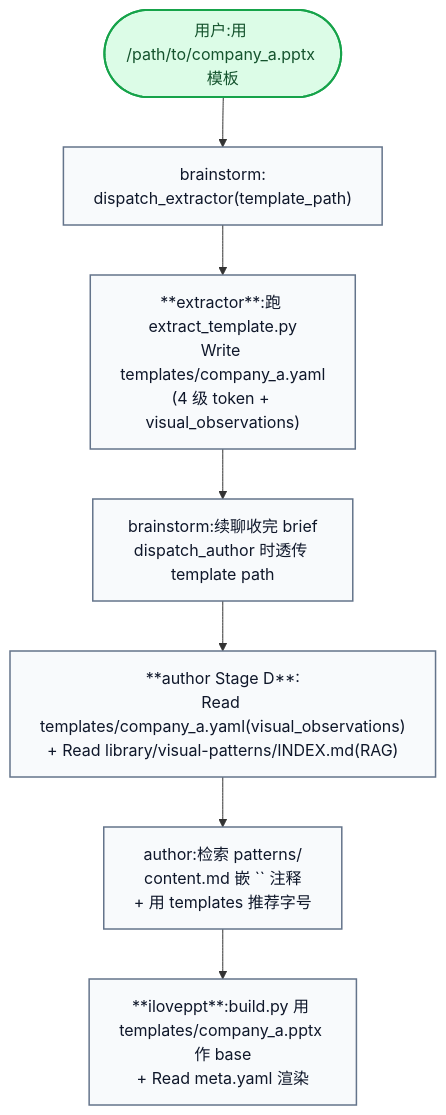
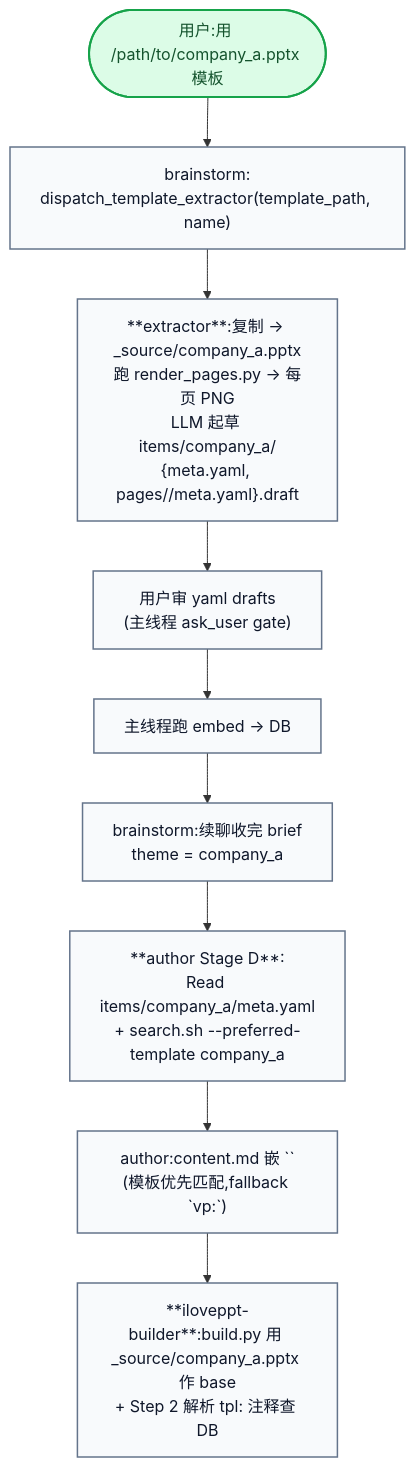
One commit to pcliangx/iLovePPT changed the third of 12 diagrams in docs/agent-internals.zh.md. Above: the diagram before and after it, drawn with Mermaid. The commit also changed other lines of this file and 38 other files, not shown here.

````diff
--- a/docs/agent-internals.zh.md
+++ b/docs/agent-internals.zh.md
@@ -242,17 +245,19 @@
 ```mermaid
 flowchart TB
     U([用户:用 /path/to/company_a.pptx 模板])
-    BS["brainstorm:<br/>dispatch_extractor(template_path)"]
-    EX["**extractor**:跑 extract_template.py<br/>Write templates/company_a.yaml<br/>(4 级 token + visual_observations)"]
-    BS2["brainstorm:续聊收完 brief<br/>dispatch_author 时透传 template path"]
-    AD["**author Stage D**:<br/>Read templates/company_a.yaml(visual_observations)<br/>+ Read library/visual-patterns/INDEX.md(RAG)"]
-    A2["author:检索 patterns/<id><br/>content.md 嵌 `<!-- pattern -->` 注释<br/>+ 用 templates 推荐字号"]
-    BD["**iloveppt**:build.py 用 templates/company_a.pptx 作 base<br/>+ Read meta.yaml 渲染"]
+    BS["brainstorm:<br/>dispatch_template_extractor(template_path, name)"]
+    EX["**extractor**:复制 → _source/company_a.pptx<br/>跑 render_pages.py → 每页 PNG<br/>LLM 起草 items/company_a/<br/>{meta.yaml, pages/<NN-slug>/meta.yaml}.draft"]
+    UR["用户审 yaml drafts<br/>(主线程 ask_user gate)"]
+    EM["主线程跑 embed → DB"]
+    BS2["brainstorm:续聊收完 brief<br/>theme = company_a"]
+    AD["**author Stage D**:<br/>Read items/company_a/meta.yaml<br/>+ search.sh --preferred-template company_a"]
+    A2["author:content.md 嵌 `<!-- pattern: tpl:company_a__NN-slug -->`<br/>(模板优先匹配,fallback `vp:<id>`)"]
+    BD["**iloveppt-builder**:build.py 用 _source/company_a.pptx 作 base<br/>+ Step 2 解析 tpl: 注释查 DB"]
 
-    U --> BS --> EX --> BS2 --> AD --> A2 --> BD
+    U --> BS --> EX --> UR --> EM --> BS2 --> AD --> A2 --> BD
 
     classDef io fill:#DCFCE7,stroke:#16A34A,stroke-width:2px,color:#14532D
     classDef agent fill:#F8FAFC,stroke:#64748B,stroke-width:1.5px,color:#0F172A
     class U io
-    class BS,EX,BS2,AD,A2,BD agent
+    class BS,EX,BS2,AD,A2,BD,UR,EM agent
 ```
````
